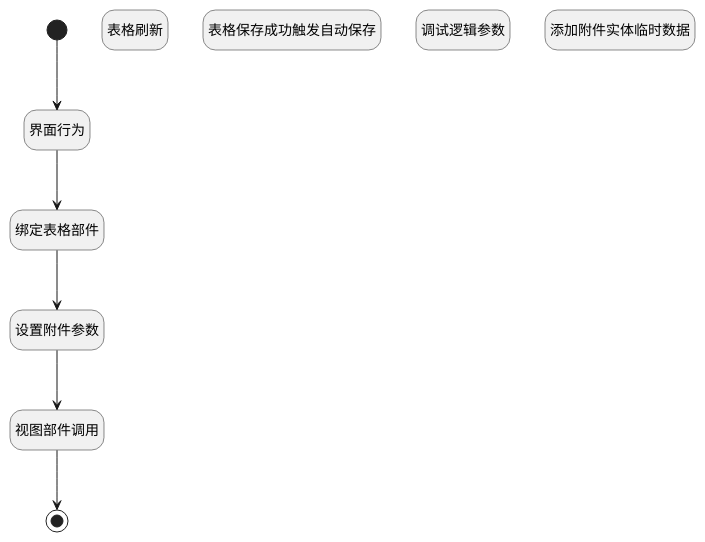
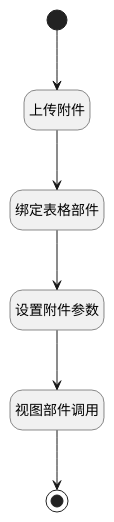
One commit to iBizLab/plm changed the diagram in doc/docsify/module/ProdMgmt/ticket/uilogic/add_attachment.md. Above: the diagram before and after it, drawn with PlantUML. The commit also changed other lines of this file and 1068 other files, not shown here.

````diff
--- a/doc/docsify/module/ProdMgmt/ticket/uilogic/add_attachment.md
+++ b/doc/docsify/module/ProdMgmt/ticket/uilogic/add_attachment.md
@@ -7,31 +7,27 @@
 ```plantuml
 @startuml
 hide footbox
 <style>
 root {
   HyperlinkColor #42b983
 }
 </style>
 
 hide empty description
 state "开始" as Begin <<start>> [[$./add_attachment#begin {开始}]]
+state "绑定表格部件" as PREPAREJSPARAM1  [[$./add_attachment#preparejsparam1 {绑定表格部件}]]
 state "视图部件调用" as VIEWCTRLINVOKE2  [[$./add_attachment#viewctrlinvoke2 {视图部件调用}]]
+state "上传附件" as DEUIACTION1  [[$./add_attachment#deuiaction1 {上传附件}]]
+state "设置附件参数" as RAWJSCODE4  [[$./add_attachment#rawjscode4 {设置附件参数}]]
 state "结束" as END1 <<end>> [[$./add_attachment#end1 {结束}]]
-state "表格刷新" as VIEWCTRLINVOKE1  [[$./add_attachment#viewctrlinvoke1 {表格刷新}]]
-state "界面行为" as DEUIACTION1  [[$./add_attachment#deuiaction1 {界面行为}]]
-state "表格保存成功触发自动保存" as VIEWCTRLFIREEVENT1  [[$./add_attachment#viewctrlfireevent1 {表格保存成功触发自动保存}]]
-state "绑定表格部件" as PREPAREJSPARAM1  [[$./add_attachment#preparejsparam1 {绑定表格部件}]]
-state "调试逻辑参数" as DEBUGPARAM1  [[$./add_attachment#debugparam1 {调试逻辑参数}]]
-state "设置附件参数" as RAWJSCODE4  [[$./add_attachment#rawjscode4 {设置附件参数}]]
-state "添加附件实体临时数据" as RAWJSCODE2  [[$./add_attachment#rawjscode2 {添加附件实体临时数据}]]
 
 
 Begin --> DEUIACTION1
 DEUIACTION1 --> PREPAREJSPARAM1
 PREPAREJSPARAM1 --> RAWJSCODE4
 RAWJSCODE4 --> VIEWCTRLINVOKE2
 VIEWCTRLINVOKE2 --> END1
 
 
 @enduml
 ```
````
